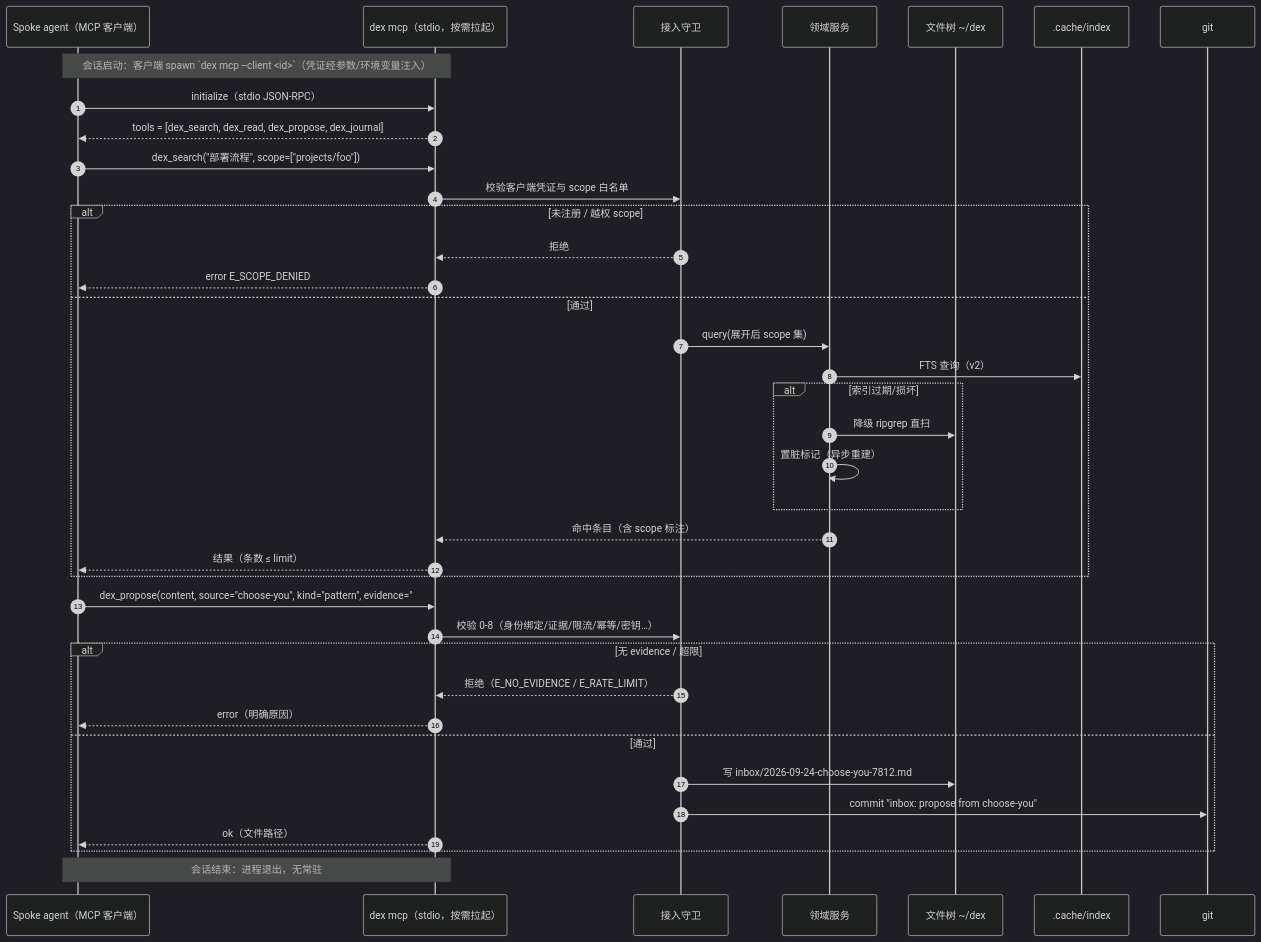
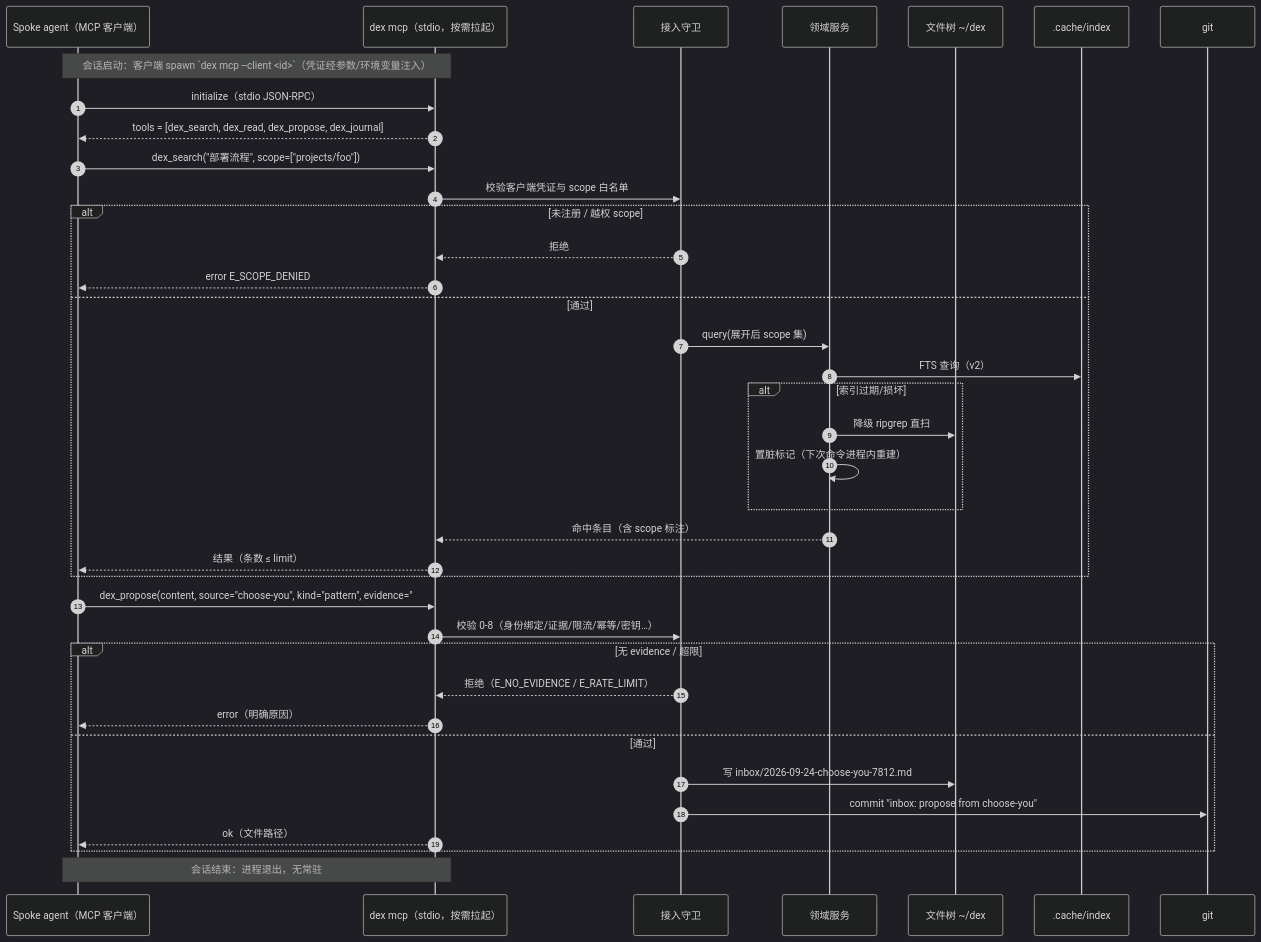
Before and after one commit to Jo0OCTsai/pokemon-remember-you: the seventh of 15 diagrams in docs/DESIGN.md, drawn with Mermaid (dark theme). The commit also changed other lines of this file and 5 other files, not shown here.

First line of the commit message:
docs: debt 清偿（需求/设计 v1.11）+ 场景推演时序图（推演 v1.5）

````diff
--- a/docs/DESIGN.md
+++ b/docs/DESIGN.md
@@ -629,44 +663,44 @@
 ```mermaid
 sequenceDiagram
     autonumber
     participant AG as Spoke agent（MCP 客户端）
     participant SRV as dex mcp（stdio，按需拉起）
     participant GD as 接入守卫
     participant DM as 领域服务
     participant FS as 文件树 ~/dex
     participant CA as .cache/index
     participant GT as git
 
     Note over AG,SRV: 会话启动：客户端 spawn `dex mcp --client <id>`（凭证经参数/环境变量注入）
     AG->>SRV: initialize（stdio JSON-RPC）
     SRV-->>AG: tools = [dex_search, dex_read, dex_propose, dex_journal]
 
     AG->>SRV: dex_search("部署流程", scope=["projects/foo"])
     SRV->>GD: 校验客户端凭证与 scope 白名单
     alt 未注册 / 越权 scope
         GD-->>SRV: 拒绝
         SRV-->>AG: error E_SCOPE_DENIED
     else 通过
         GD->>DM: query(展开后 scope 集)
         DM->>CA: FTS 查询（v2）
         alt 索引过期/损坏
             DM->>FS: 降级 ripgrep 直扫
-            DM->>DM: 置脏标记（异步重建）
+            DM->>DM: 置脏标记（下次命令进程内重建）
         end
         DM-->>SRV: 命中条目（含 scope 标注）
         SRV-->>AG: 结果（条数 ≤ limit）
     end
 
     AG->>SRV: dex_propose(content, source="choose-you", kind="pattern", evidence="#1234…")
     SRV->>GD: 校验 0-8（身份绑定/证据/限流/幂等/密钥…）
     alt 无 evidence / 超限
         GD-->>SRV: 拒绝（E_NO_EVIDENCE / E_RATE_LIMIT）
         SRV-->>AG: error（明确原因）
     else 通过
         GD->>FS: 写 inbox/2026-09-24-choose-you-7812.md
         GD->>GT: commit "inbox: propose from choose-you"
         SRV-->>AG: ok（文件路径）
     end
 
     Note over AG,SRV: 会话结束：进程退出，无常驻
 ```
````
